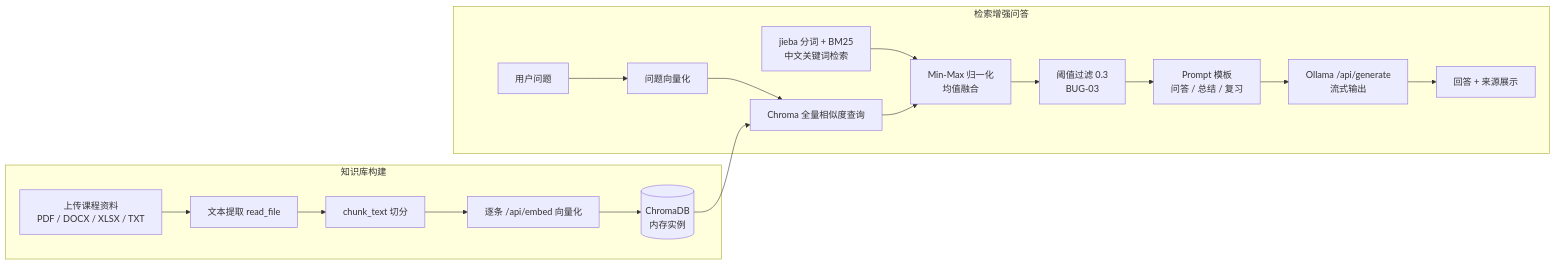
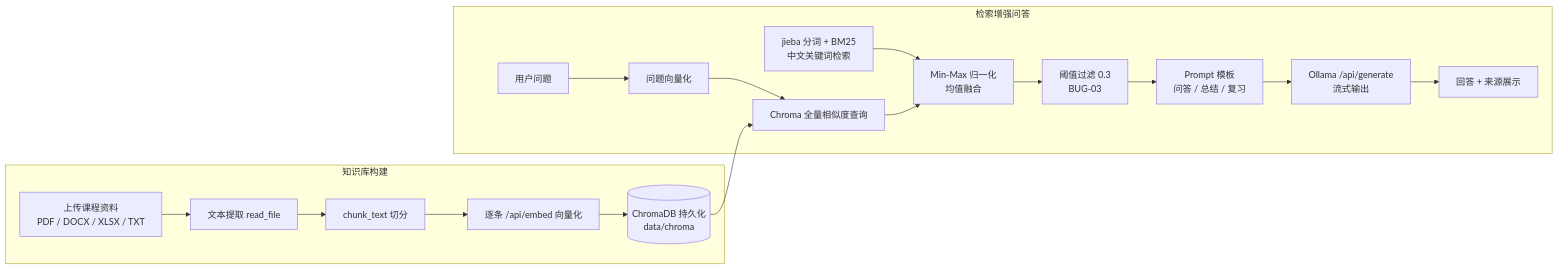
Before and after one commit to zhhan56-png/AI-Study-Assistant: the diagram in README.md, drawn with Mermaid. The commit also changed other lines of this file and 5 other files, not shown here.

````diff
--- a/README.md
+++ b/README.md
@@ -30,22 +30,22 @@
 ```mermaid
 flowchart LR
     subgraph KB[知识库构建]
         A1[上传课程资料<br/>PDF / DOCX / XLSX / TXT] --> A2[文本提取 read_file]
         A2 --> A3[chunk_text 切分]
         A3 --> A4[逐条 /api/embed 向量化]
-        A4 --> A5[(ChromaDB<br/>内存实例)]
+        A4 --> A5[(ChromaDB 持久化<br/>data/chroma)]
     end
 
     subgraph QA[检索增强问答]
         B1[用户问题] --> B2[问题向量化]
         B2 --> B3[Chroma 全量相似度查询]
         B4[jieba 分词 + BM25<br/>中文关键词检索] --> B5[Min-Max 归一化<br/>均值融合]
         B3 --> B5
         B5 --> B6[阈值过滤 0.3<br/>BUG-03]
         B6 --> B7[Prompt 模板<br/>问答 / 总结 / 复习]
         B7 --> B8[Ollama /api/generate<br/>流式输出]
         B8 --> B9[回答 + 来源展示]
     end
 
     A5 --> B3
 ```
````
